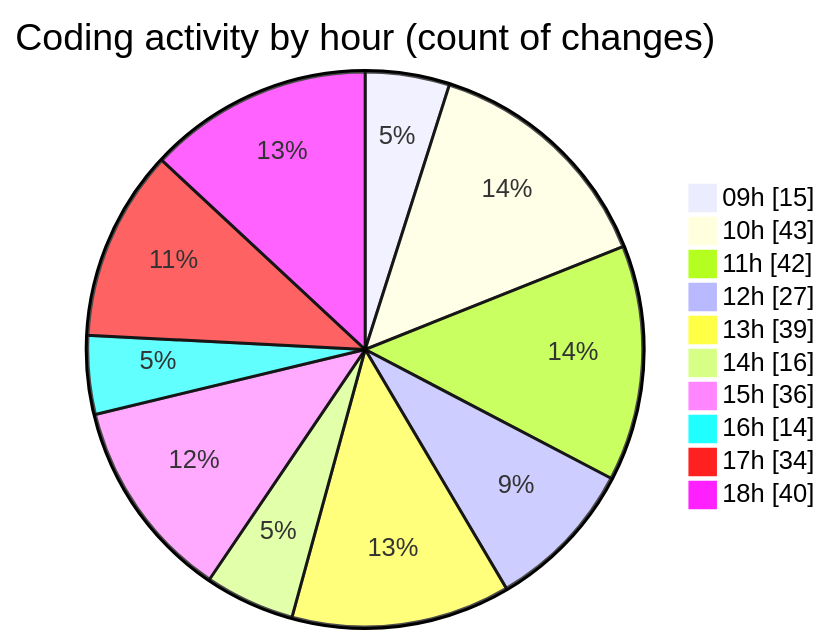
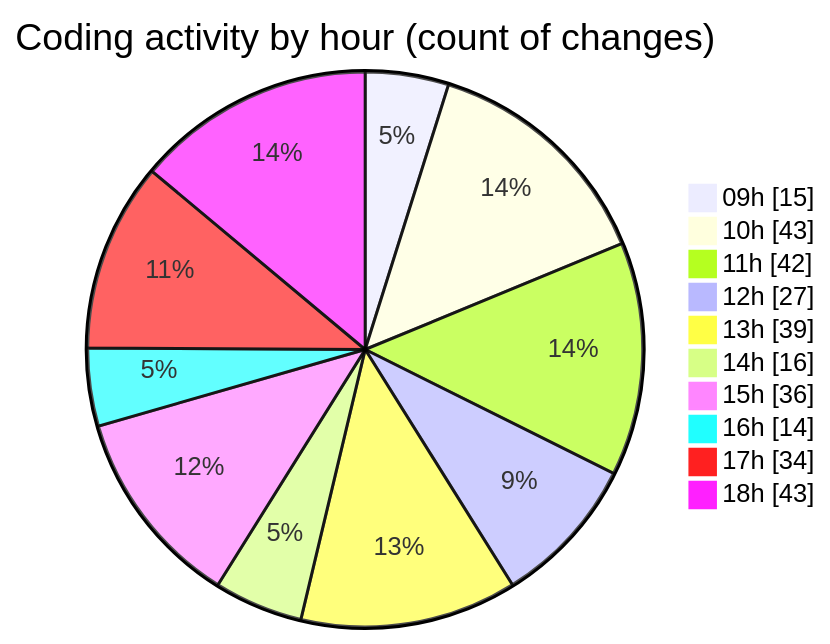
The second of 2 diagrams in 2025-09-30/cda/README.md (momahboobian/code-tracking), drawn with Mermaid before and after one commit. The commit also changed other lines of this file and 1 other file, not shown here.

````diff
--- a/2025-09-30/cda/README.md
+++ b/2025-09-30/cda/README.md
@@ -34,14 +34,14 @@
 ```mermaid
 pie showData
 title Coding activity by hour (count of changes)
 "09h" : 15
 "10h" : 43
 "11h" : 42
 "12h" : 27
 "13h" : 39
 "14h" : 16
 "15h" : 36
 "16h" : 14
 "17h" : 34
-"18h" : 40
+"18h" : 43
 ```
````
